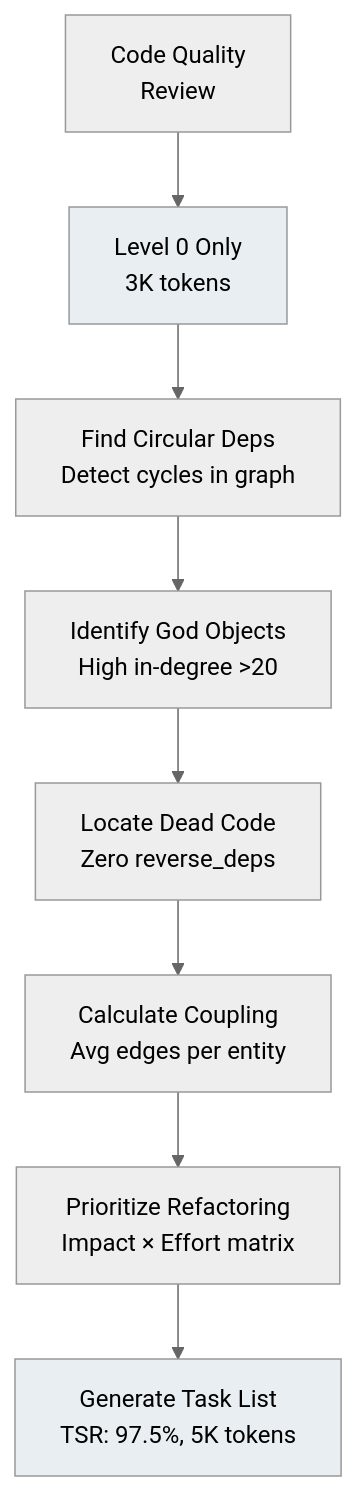
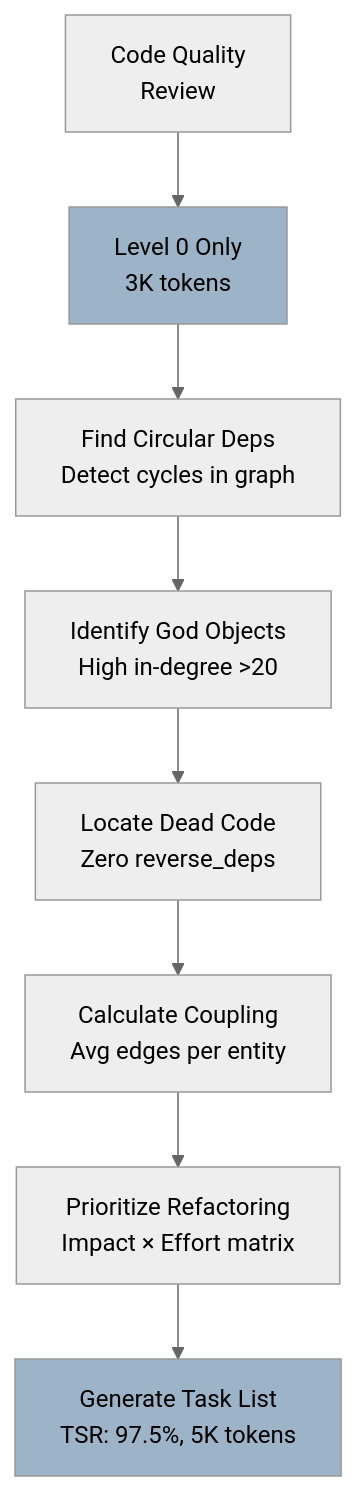
The seventh of 8 diagrams in .claude/parseltongue-ultrathink.md (that-in-rust/parseltongue), drawn with Mermaid (neutral theme) before and after one commit. The commit also changed other lines of this file, not shown here.

````diff
--- a/.claude/parseltongue-ultrathink.md
+++ b/.claude/parseltongue-ultrathink.md
@@ -858,13 +858,13 @@
   ```mermaid
   flowchart TD
       A[Code Quality<br/>Review] --> B[Level 0 Only<br/>3K tokens]
       B --> C[Find Circular Deps<br/>Detect cycles in graph]
       C --> D[Identify God Objects<br/>High in-degree >20]
       D --> E[Locate Dead Code<br/>Zero reverse_deps]
       E --> F[Calculate Coupling<br/>Avg edges per entity]
       F --> G[Prioritize Refactoring<br/>Impact × Effort matrix]
       G --> H[Generate Task List<br/>TSR: 97.5%, 5K tokens]
 
-      style B fill:#E8EEF2
-      style H fill:#E8EEF2
+      style B fill:#9DB4C8
+      style H fill:#9DB4C8
   ```
````
